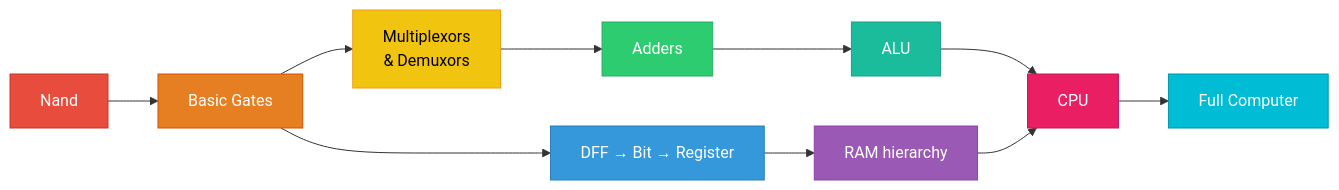
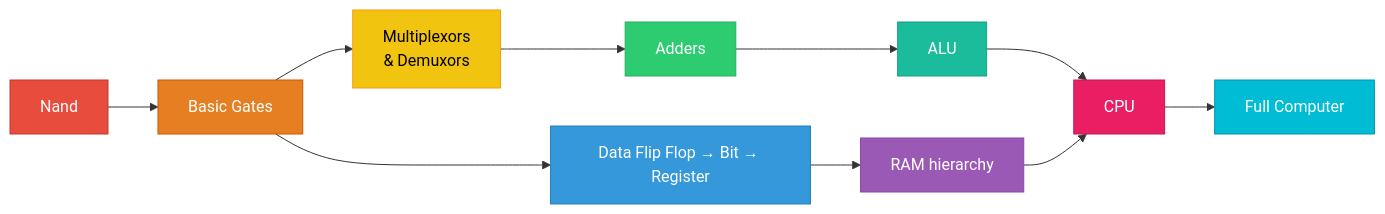
One commit to Muhammad540/Zap changed the first of 5 diagrams in README.md. Above: the diagram before and after it, drawn with Mermaid. The commit also changed other lines of this file, not shown here.

````diff
--- a/README.md
+++ b/README.md
@@ -36,22 +32,22 @@
 ```mermaid
 flowchart LR
     A["Nand"] --> B["Basic Gates"]
     B --> C["Multiplexors\n& Demuxors"]
     C --> D["Adders"]
     D --> E["ALU"]
-    B --> F["DFF → Bit → Register"]
+    B --> F["Data Flip Flop → Bit → Register"]
     F --> G["RAM hierarchy"]
     E --> H["CPU"]
     G --> H
     H --> I["Full Computer"]
 
     style A fill:#e74c3c,color:#fff,stroke:#c0392b
     style B fill:#e67e22,color:#fff,stroke:#d35400
     style C fill:#f1c40f,color:#000,stroke:#f39c12
     style D fill:#2ecc71,color:#fff,stroke:#27ae60
     style E fill:#1abc9c,color:#fff,stroke:#16a085
     style F fill:#3498db,color:#fff,stroke:#2980b9
     style G fill:#9b59b6,color:#fff,stroke:#8e44ad
     style H fill:#e91e63,color:#fff,stroke:#c2185b
     style I fill:#00bcd4,color:#fff,stroke:#0097a7
 ```
````
